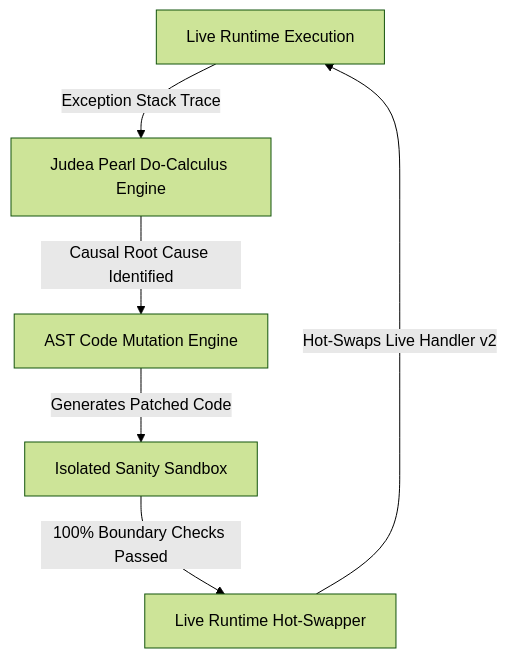
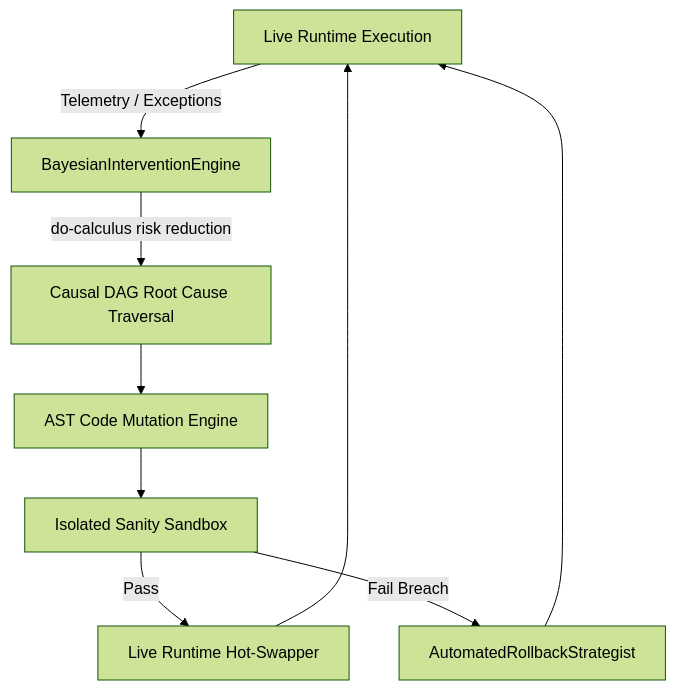
The diagram in README.md (anderdebona/hyper-causal-self-healing-agent), drawn with Mermaid (forest theme) before and after one commit. The commit also changed other lines of this file and 9 other files, not shown here.

Commit message:
feat(v4.0.0): add BayesianInterventionEngine, AutomatedRollbackStrategist, CI/CD, and Roadmap

````diff
--- a/README.md
+++ b/README.md
@@ -36,8 +46,11 @@
 ```mermaid
 graph TD
-    Runtime[Live Runtime Execution] -->|Exception Stack Trace| CausalEngine[Judea Pearl Do-Calculus Engine]
-    CausalEngine -->|Causal Root Cause Identified| ASTMutator[AST Code Mutation Engine]
-    ASTMutator -->|Generates Patched Code| Sandbox[Isolated Sanity Sandbox]
-    Sandbox -->|100% Boundary Checks Passed| HotSwapper[Live Runtime Hot-Swapper]
-    HotSwapper -->|Hot-Swaps Live Handler v2| Runtime
+    Runtime[Live Runtime Execution] -->|Telemetry / Exceptions| Bayesian[BayesianInterventionEngine]
+    Bayesian -->|do-calculus risk reduction| CausalEngine[Causal DAG Root Cause Traversal]
+    CausalEngine --> ASTMutator[AST Code Mutation Engine]
+    ASTMutator --> Sandbox[Isolated Sanity Sandbox]
+    Sandbox -->|Pass| HotSwapper[Live Runtime Hot-Swapper]
+    Sandbox -->|Fail Breach| Rollback[AutomatedRollbackStrategist]
+    Rollback --> Runtime
+    HotSwapper --> Runtime
 ```
````
